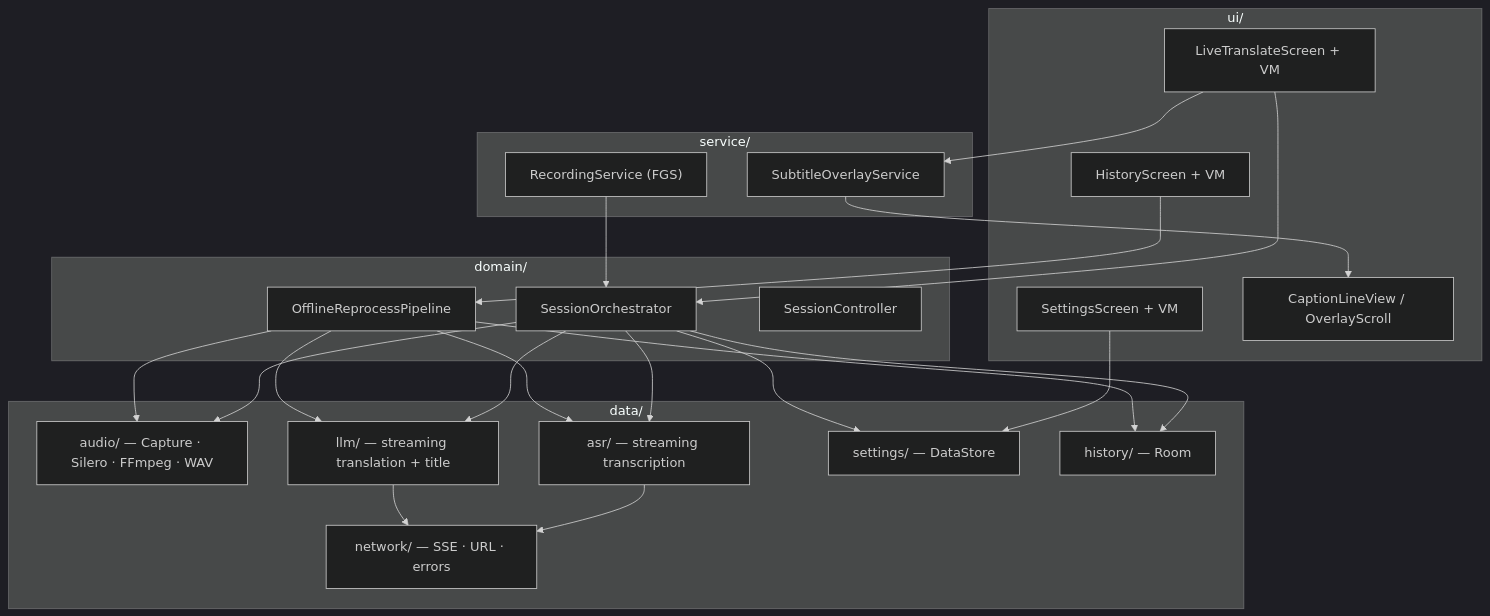
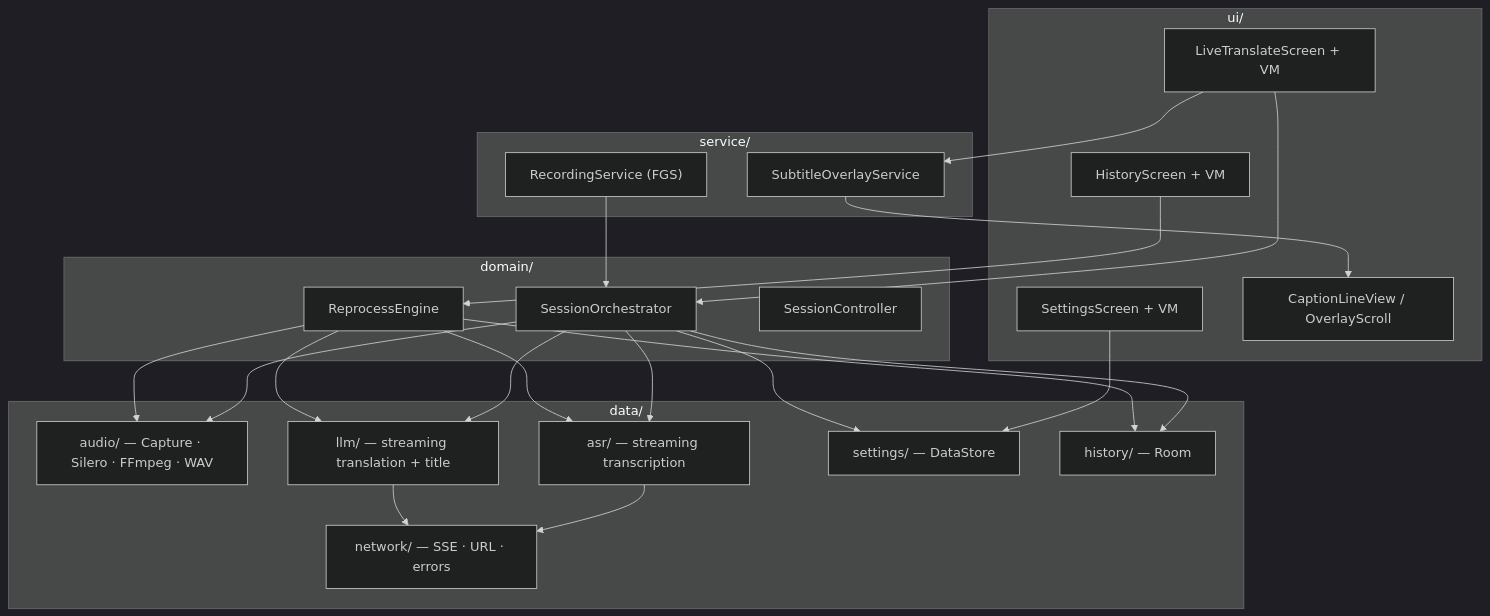
One commit to y12rf/live-caption-translate changed the first of 5 diagrams in doc/ARCHITECTURE.md. Above: the diagram before and after it, drawn with Mermaid (dark theme). The commit also changed other lines of this file and 28 other files, not shown here.

First line of the commit message:
release: v1.2.1-beta reprocess C-prime engine and multi-select UX

````diff
--- a/doc/ARCHITECTURE.md
+++ b/doc/ARCHITECTURE.md
@@ -7,47 +7,47 @@
 ```mermaid
 flowchart TB
   subgraph UI["ui/"]
     Live["LiveTranslateScreen + VM"]
     History["HistoryScreen + VM"]
     Settings["SettingsScreen + VM"]
     Caption["CaptionLineView / OverlayScroll"]
   end
 
   subgraph Service["service/"]
     Rec["RecordingService (FGS)"]
     Overlay["SubtitleOverlayService"]
   end
 
   subgraph Domain["domain/"]
     Orch["SessionOrchestrator"]
-    Offline["OfflineReprocessPipeline"]
+    Offline["ReprocessEngine"]
     Ctrl["SessionController"]
   end
 
   subgraph Data["data/"]
     Audio["audio/ — Capture · Silero · FFmpeg · WAV"]
     ASR["asr/ — streaming transcription"]
     LLM["llm/ — streaming translation + title"]
     Net["network/ — SSE · URL · errors"]
     SettingsData["settings/ — DataStore"]
     Hist["history/ — Room"]
   end
 
   Live --> Orch
   History --> Offline
   Settings --> SettingsData
   Orch --> Audio
   Orch --> ASR
   Orch --> LLM
   Orch --> Hist
   Orch --> SettingsData
   Offline --> Audio
   Offline --> ASR
   Offline --> LLM
   Offline --> Hist
   Rec --> Orch
   Overlay --> Caption
   Live --> Overlay
   ASR --> Net
   LLM --> Net
 ```
````
